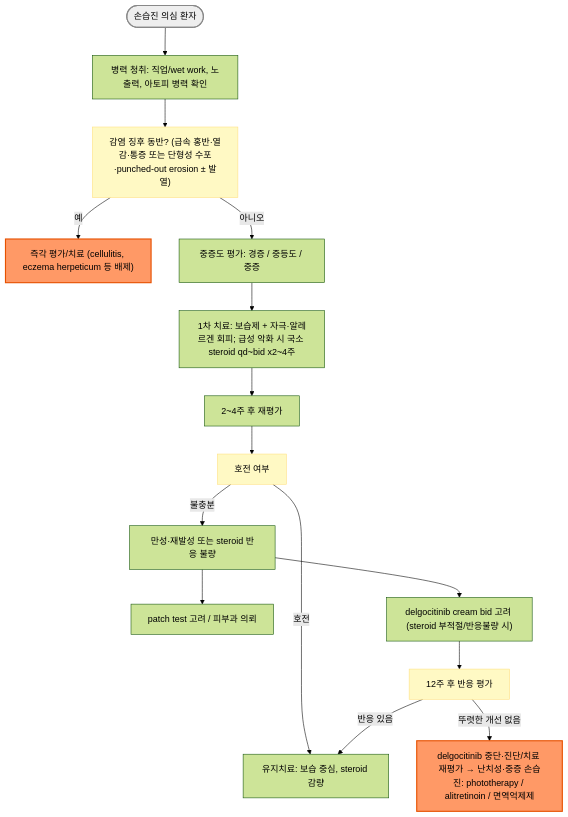
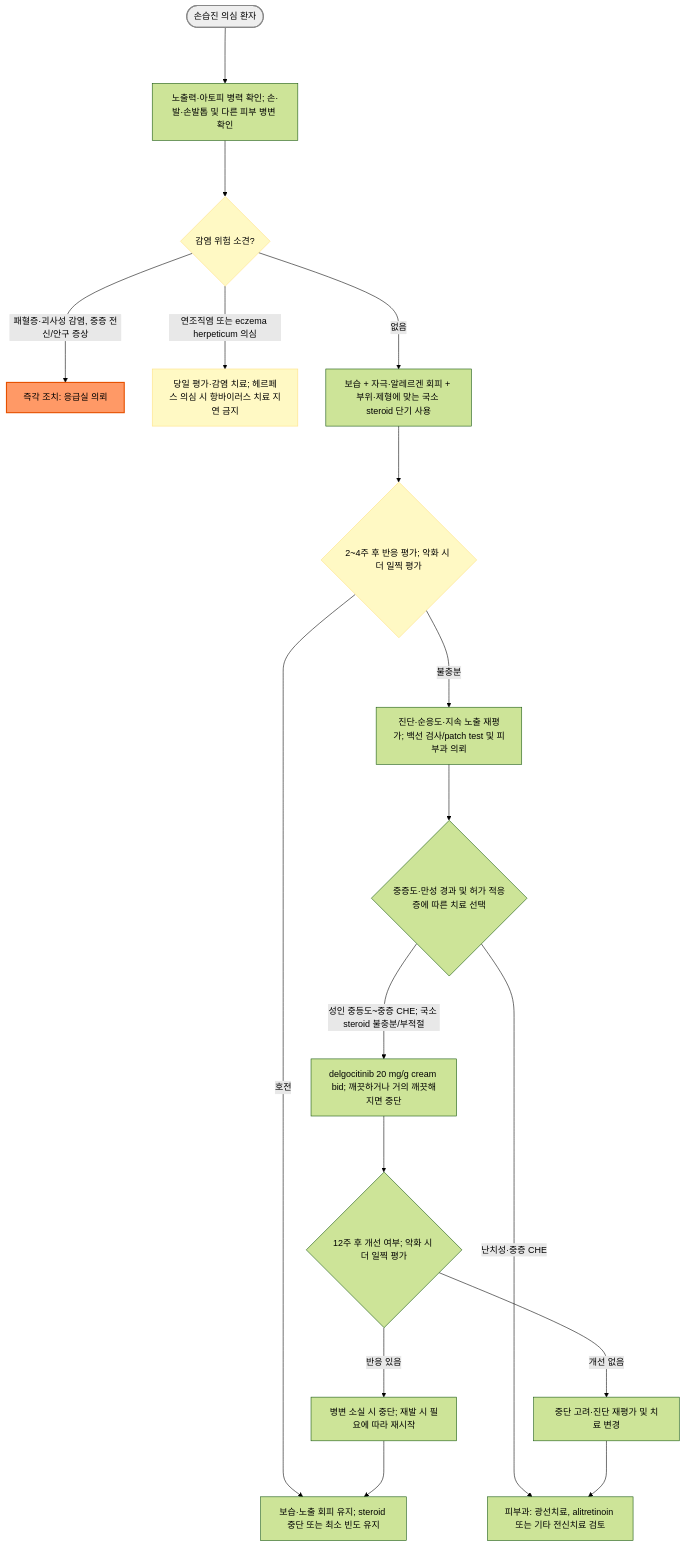
The diagram in 229_/159_-eczema.md (familyoh77/familyoh77), drawn with Mermaid (forest theme) before and after one commit. The commit also changed other lines of this file and 10 other files, not shown here.

````diff
--- a/229_/159_-eczema.md
+++ b/229_/159_-eczema.md
@@ -70,24 +75,25 @@
 ```mermaid
 graph TD
-    Start(["손습진 의심 환자"]) --> Hx["병력 청취: 직업/wet work, 노출력, 아토피 병력 확인"]
-    Hx --> RedFlag["감염 징후 동반? (급속 홍반·열감·통증 또는 단형성 수포·punched-out erosion ± 발열)"]
-    RedFlag -->|"예"| Emergent["즉각 평가/치료 (cellulitis, eczema herpeticum 등 배제)"]
-    RedFlag -->|"아니오"| Severity["중증도 평가: 경증 / 중등도 / 중증"]
-    Severity --> FirstLine["1차 치료: 보습제 + 자극·알레르겐 회피; 급성 악화 시 국소 steroid qd~bid x2~4주"]
-    FirstLine --> Reassess["2~4주 후 재평가"]
-    Reassess --> Improved["호전 여부"]
-    Improved -->|"호전"| Maintain["유지치료: 보습 중심, steroid 감량"]
-    Improved -->|"불충분"| Chronic["만성·재발성 또는 steroid 반응 불량"]
-    Chronic --> PatchTest["patch test 고려 / 피부과 의뢰"]
-    Chronic --> Delgo["delgocitinib cream bid 고려 (steroid 부적절/반응불량 시)"]
-    Delgo --> StillRefractory["12주 후 반응 평가"]
-    StillRefractory -->|"뚜렷한 개선 없음"| Refractory["delgocitinib 중단·진단/치료 재평가 → 난치성·중증 손습진: phototherapy / alitretinoin / 면역억제제"]
-    StillRefractory -->|"반응 있음"| Maintain
+    Start(["손습진 의심 환자"]) ---> Hx["노출력·아토피 병력 확인; 손·발·손발톱 및 다른 피부 병변 확인"]
+    Hx ---> Infection{"감염 위험 소견?"}
+    Infection --->|"패혈증·괴사성 감염, 중증 전신/안구 증상"| Emergency["즉각 조치: 응급실 의뢰"]
+    Infection --->|"연조직염 또는 eczema herpeticum 의심"| SameDay["당일 평가·감염 치료; 헤르페스 의심 시 항바이러스 치료 지연 금지"]
+    Infection --->|"없음"| FirstLine["보습 + 자극·알레르겐 회피 + 부위·제형에 맞는 국소 steroid 단기 사용"]
+    FirstLine ---> Reassess{"2~4주 후 반응 평가; 악화 시 더 일찍 평가"}
+    Reassess --->|"호전"| Maintain["보습·노출 회피 유지; steroid 중단 또는 최소 빈도 유지"]
+    Reassess --->|"불충분"| Review["진단·순응도·지속 노출 재평가; 백선 검사/patch test 및 피부과 의뢰"]
+    Review ---> Options{"중증도·만성 경과 및 허가 적응증에 따른 치료 선택"}
+    Options --->|"성인 중등도~중증 CHE; 국소 steroid 불충분/부적절"| Delgo["delgocitinib 20 mg/g cream bid; 깨끗하거나 거의 깨끗해지면 중단"]
+    Options --->|"난치성·중증 CHE"| Specialist["피부과: 광선치료, alitretinoin 또는 기타 전신치료 검토"]
+    Delgo ---> Response{"12주 후 개선 여부; 악화 시 더 일찍 평가"}
+    Response --->|"개선 없음"| Stop["중단 고려·진단 재평가 및 치료 변경"]
+    Stop ---> Specialist
+    Response --->|"반응 있음"| Control["병변 소실 시 중단; 재발 시 필요에 따라 재시작"]
+    Control ---> Maintain
 
     style Start fill:#eeeeee,stroke:#888888,stroke-width:2px
-    style RedFlag fill:#fff9c4,stroke:#ffe082
-    style Improved fill:#fff9c4,stroke:#ffe082
-    style StillRefractory fill:#fff9c4,stroke:#ffe082
-    style Emergent fill:#f96,stroke:#e65100,stroke-width:2px
-    style Refractory fill:#f96,stroke:#e65100,stroke-width:2px
+    style Infection fill:#fff9c4,stroke:#ffe082
+    style Reassess fill:#fff9c4,stroke:#ffe082
+    style Emergency fill:#f96,stroke:#e65100,stroke-width:2px
+    style SameDay fill:#fff9c4,stroke:#ffe082
 ```
````
